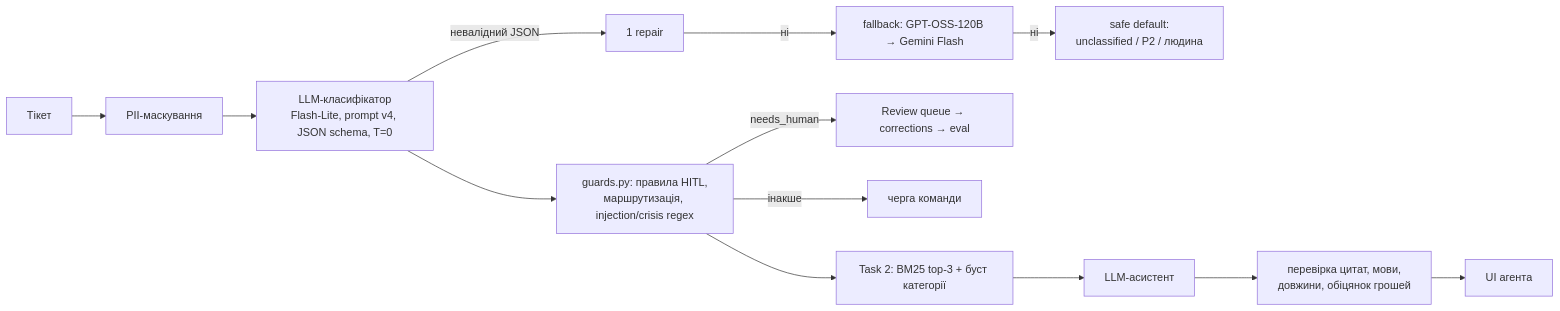
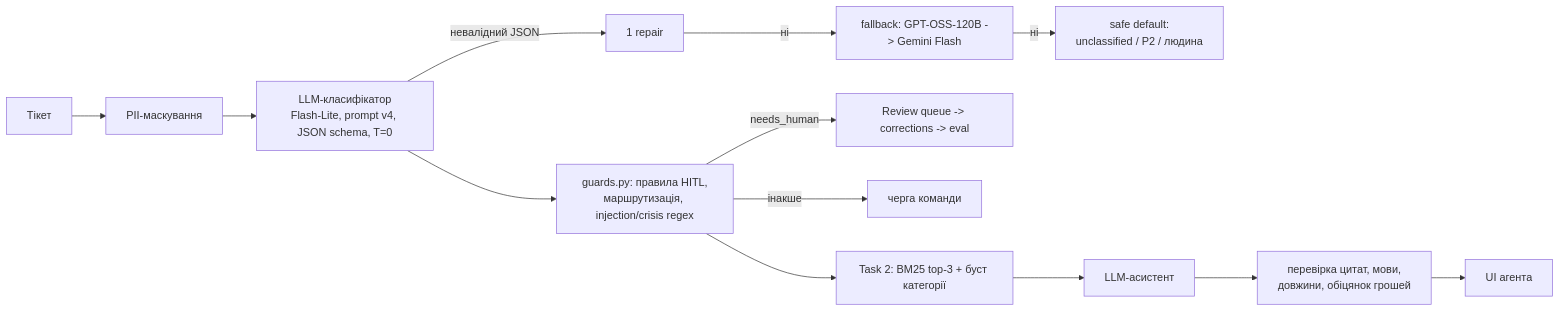
The diagram in REPORT.md (ibahrii/obrio-aiops-test), drawn with Mermaid before and after one commit. The commit also changed other lines of this file and 13 other files, not shown here.

First line of the commit message:
Replace arrow symbol with -> in docs, UI and generated tables; quote mermaid labels that contain ->

````diff
--- a/REPORT.md
+++ b/REPORT.md
@@ -30,9 +30,9 @@
 ```mermaid
 flowchart LR
     T[Тікет] --> M[PII-маскування] --> C[LLM-класифікатор<br/>Flash-Lite, prompt v4, JSON schema, T=0]
-    C -->|невалідний JSON| RP[1 repair] -->|ні| FB[fallback: GPT-OSS-120B → Gemini Flash] -->|ні| SD[safe default:<br/>unclassified / P2 / людина]
+    C -->|невалідний JSON| RP[1 repair] -->|ні| FB["fallback: GPT-OSS-120B -> Gemini Flash"] -->|ні| SD[safe default:<br/>unclassified / P2 / людина]
     C --> G[guards.py: правила HITL,<br/>маршрутизація, injection/crisis regex]
-    G -->|needs_human| RQ[Review queue → corrections → eval]
+    G -->|needs_human| RQ["Review queue -> corrections -> eval"]
     G -->|інакше| Q[черга команди]
     G --> A[Task 2: BM25 top-3 + буст категорії] --> L2[LLM-асистент] --> V[перевірка цитат, мови,<br/>довжини, обіцянок грошей] --> UI[UI агента]
 ```
````
